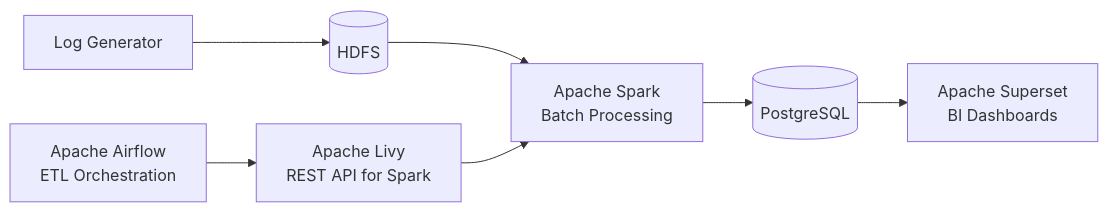
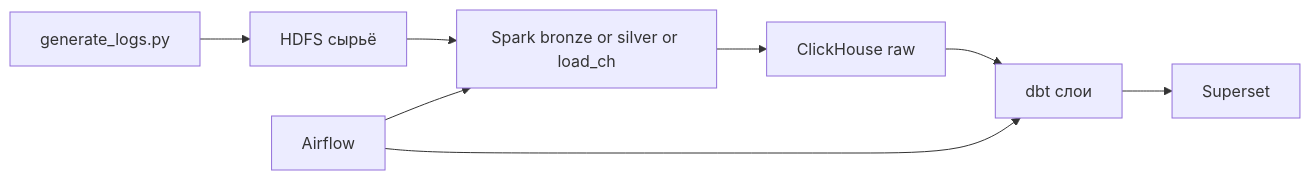
Before and after one commit to AndrewVerenich/data-pipelines: the first of 4 diagrams in ecommerce-batch-pipeline/README.md, drawn with Mermaid. The commit also changed other lines of this file and 39 other files, not shown here.

````diff
--- a/ecommerce-batch-pipeline/README.md
+++ b/ecommerce-batch-pipeline/README.md
@@ -4,9 +5,10 @@
 ```mermaid
 flowchart LR
-  A[Log Generator] --> B[(HDFS)]
-  B --> C[Apache Spark<br/>Batch Processing]
-  C --> D[(PostgreSQL)]
-  D --> E[Apache Superset<br/>BI Dashboards]
-  F[Apache Airflow<br/>ETL Orchestration] --> G
-  G[Apache Livy<br/>REST API for Spark] --> C
+  Gen[generate_logs.py] --> HDFS[HDFS сырьё]
+  HDFS --> Spark[Spark bronze or silver or load_ch]
+  Spark --> CH[ClickHouse raw]
+  CH --> dbt[dbt слои]
+  dbt --> BI[Superset]
+  AF[Airflow] --> Spark
+  AF --> dbt
 ```
````
